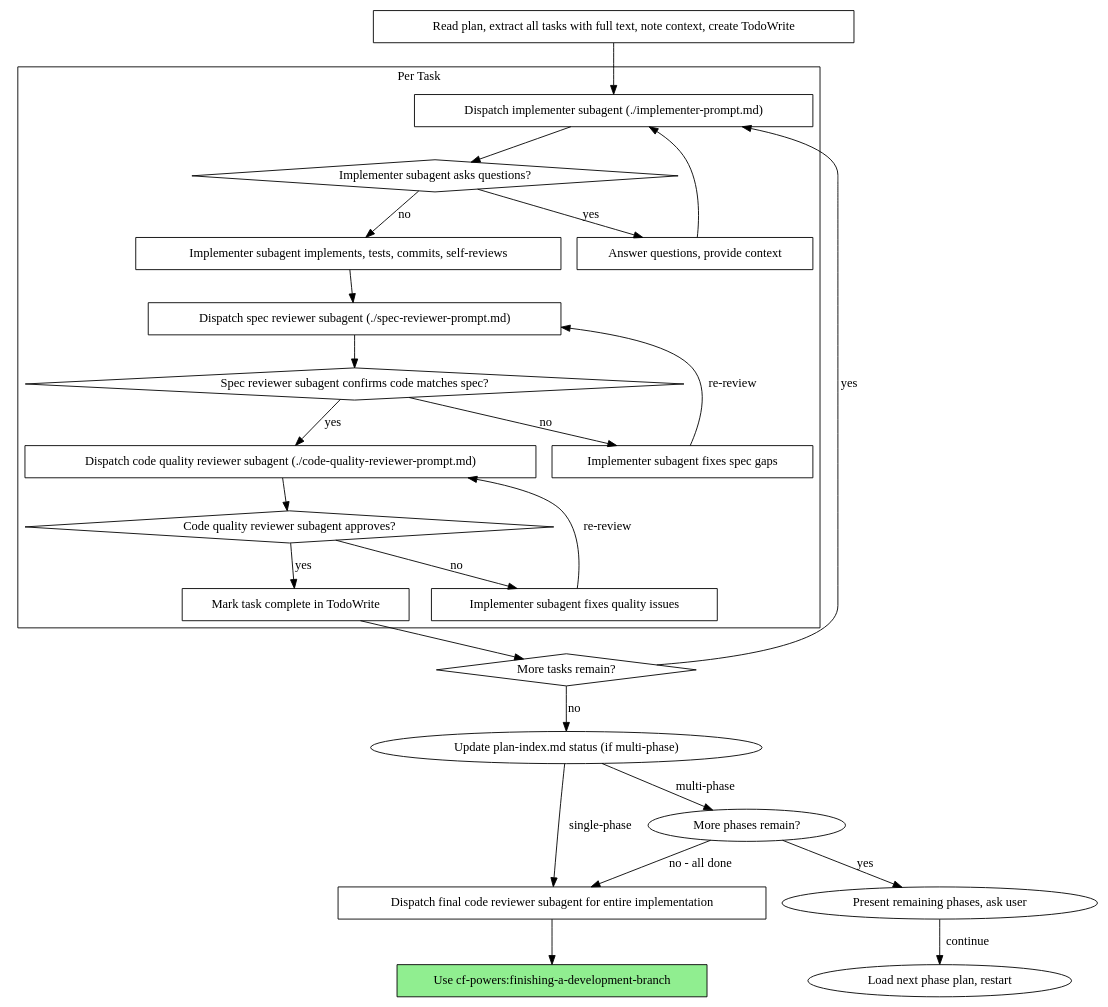
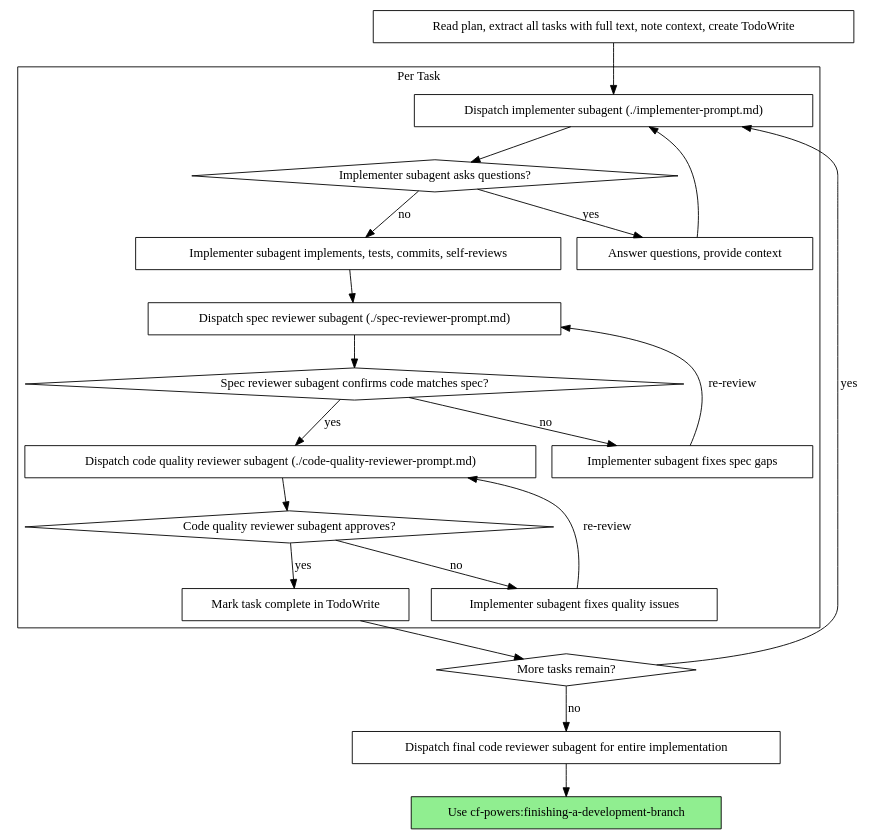
The second of 2 diagrams in skills/subagent-driven-development/SKILL.md (cloudfieldcz/cf-powers), drawn with Graphviz before and after one commit. The commit also changed other lines of this file and 15 other files, not shown here.

````diff
--- a/skills/subagent-driven-development/SKILL.md
+++ b/skills/subagent-driven-development/SKILL.md
@@ -40,49 +42,44 @@
 ```dot
 digraph process {
     rankdir=TB;
 
     subgraph cluster_per_task {
         label="Per Task";
         "Dispatch implementer subagent (./implementer-prompt.md)" [shape=box];
         "Implementer subagent asks questions?" [shape=diamond];
         "Answer questions, provide context" [shape=box];
         "Implementer subagent implements, tests, commits, self-reviews" [shape=box];
         "Dispatch spec reviewer subagent (./spec-reviewer-prompt.md)" [shape=box];
         "Spec reviewer subagent confirms code matches spec?" [shape=diamond];
         "Implementer subagent fixes spec gaps" [shape=box];
         "Dispatch code quality reviewer subagent (./code-quality-reviewer-prompt.md)" [shape=box];
         "Code quality reviewer subagent approves?" [shape=diamond];
         "Implementer subagent fixes quality issues" [shape=box];
         "Mark task complete in TodoWrite" [shape=box];
     }
 
     "Read plan, extract all tasks with full text, note context, create TodoWrite" [shape=box];
     "More tasks remain?" [shape=diamond];
     "Dispatch final code reviewer subagent for entire implementation" [shape=box];
     "Use cf-powers:finishing-a-development-branch" [shape=box style=filled fillcolor=lightgreen];
 
     "Read plan, extract all tasks with full text, note context, create TodoWrite" -> "Dispatch implementer subagent (./implementer-prompt.md)";
     "Dispatch implementer subagent (./implementer-prompt.md)" -> "Implementer subagent asks questions?";
     "Implementer subagent asks questions?" -> "Answer questions, provide context" [label="yes"];
     "Answer questions, provide context" -> "Dispatch implementer subagent (./implementer-prompt.md)";
     "Implementer subagent asks questions?" -> "Implementer subagent implements, tests, commits, self-reviews" [label="no"];
     "Implementer subagent implements, tests, commits, self-reviews" -> "Dispatch spec reviewer subagent (./spec-reviewer-prompt.md)";
     "Dispatch spec reviewer subagent (./spec-reviewer-prompt.md)" -> "Spec reviewer subagent confirms code matches spec?";
     "Spec reviewer subagent confirms code matches spec?" -> "Implementer subagent fixes spec gaps" [label="no"];
     "Implementer subagent fixes spec gaps" -> "Dispatch spec reviewer subagent (./spec-reviewer-prompt.md)" [label="re-review"];
     "Spec reviewer subagent confirms code matches spec?" -> "Dispatch code quality reviewer subagent (./code-quality-reviewer-prompt.md)" [label="yes"];
     "Dispatch code quality reviewer subagent (./code-quality-reviewer-prompt.md)" -> "Code quality reviewer subagent approves?";
     "Code quality reviewer subagent approves?" -> "Implementer subagent fixes quality issues" [label="no"];
     "Implementer subagent fixes quality issues" -> "Dispatch code quality reviewer subagent (./code-quality-reviewer-prompt.md)" [label="re-review"];
     "Code quality reviewer subagent approves?" -> "Mark task complete in TodoWrite" [label="yes"];
     "Mark task complete in TodoWrite" -> "More tasks remain?";
     "More tasks remain?" -> "Dispatch implementer subagent (./implementer-prompt.md)" [label="yes"];
-    "More tasks remain?" -> "Update plan-index.md status (if multi-phase)" [label="no"];
-    "Update plan-index.md status (if multi-phase)" -> "More phases remain?" [label="multi-phase"];
-    "Update plan-index.md status (if multi-phase)" -> "Dispatch final code reviewer subagent for entire implementation" [label="single-phase"];
-    "More phases remain?" -> "Present remaining phases, ask user" [label="yes"];
-    "Present remaining phases, ask user" -> "Load next phase plan, restart" [label="continue"];
-    "More phases remain?" -> "Dispatch final code reviewer subagent for entire implementation" [label="no - all done"];
+    "More tasks remain?" -> "Dispatch final code reviewer subagent for entire implementation" [label="no"];
     "Dispatch final code reviewer subagent for entire implementation" -> "Use cf-powers:finishing-a-development-branch";
 }
 ```
````
